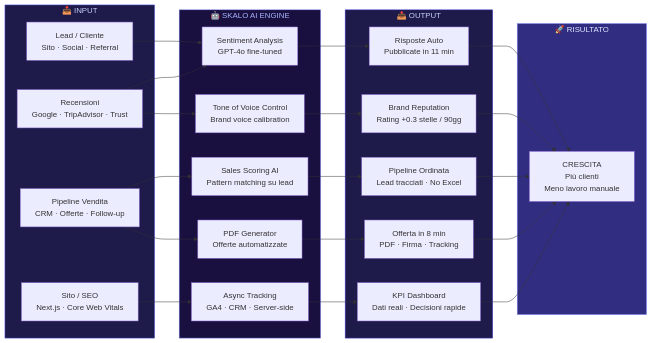
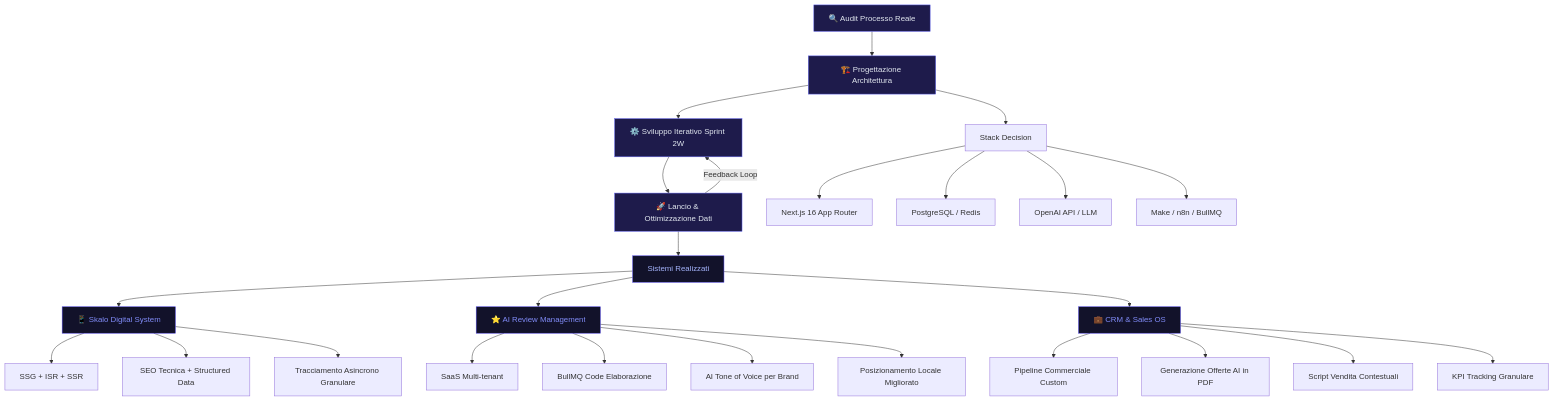
Before and after one commit to cryptogoldit/skalo-agency-guides: the diagram in guide/risultati-clienti.md, drawn with Mermaid. The commit also changed other lines of this file, not shown here.

Commit message:
update: guida risultati-clienti

````diff
--- a/guide/risultati-clienti.md
+++ b/guide/risultati-clienti.md
@@ -68,53 +66,41 @@
 ```mermaid
-flowchart LR
-    subgraph INPUT["📥 INPUT"]
-        A[Lead / Cliente\nSito · Social · Referral]
-        B[Recensioni\nGoogle · TripAdvisor · Trust]
-        C[Pipeline Vendita\nCRM · Offerte · Follow-up]
-        D[Sito / SEO\nNext.js · Core Web Vitals]
-    end
+flowchart TD
+    A[🔍 Audit Processo Reale] --> B[🏗️ Progettazione Architettura]
+    B --> C[⚙️ Sviluppo Iterativo Sprint 2W]
+    C --> D[🚀 Lancio & Ottimizzazione Dati]
+    D -->|Feedback Loop| C
 
-    subgraph ENGINE["🤖 SKALO AI ENGINE"]
-        E[Sentiment Analysis\nGPT-4o fine-tuned]
-        F[Tone of Voice Control\nBrand voice calibration]
-        G[Sales Scoring AI\nPattern matching su lead]
-        H[Async Tracking\nGA4 · CRM · Server-side]
-        I[PDF Generator\nOfferte automatizzate]
-    end
+    B --> E[Stack Decision]
+    E --> E1[Next.js 16 App Router]
+    E --> E2[PostgreSQL / Redis]
+    E --> E3[OpenAI API / LLM]
+    E --> E4[Make / n8n / BullMQ]
 
-    subgraph OUTPUT["📤 OUTPUT"]
-        J[Risposte Auto\nPubblicate in 11 min]
-        K[Brand Reputation\nRating +0.3 stelle / 90gg]
-        L[Pipeline Ordinata\nLead tracciati · No Excel]
-        M[KPI Dashboard\nDati reali · Decisioni rapide]
-        N[Offerta in 8 min\nPDF · Firma · Tracking]
-    end
+    D --> F[Sistemi Realizzati]
 
-    subgraph RESULT["🚀 RISULTATO"]
-        O[CRESCITA\nPiù clienti\nMeno lavoro manuale]
-    end
+    F --> G[📱 Skalo Digital System]
+    G --> G1[SSG + ISR + SSR]
+    G --> G2[SEO Tecnica + Structured Data]
+    G --> G3[Tracciamento Asincrono Granulare]
 
-    A --> E
-    B --> E
-    B --> F
-    C --> G
-    C --> I
-    D --> H
+    F --> H[⭐ AI Review Management]
+    H --> H1[SaaS Multi-tenant]
+    H --> H2[BullMQ Code Elaborazione]
+    H --> H3[AI Tone of Voice per Brand]
+    H --> H4[Posizionamento Locale Migliorato]
 
-    E --> J
-    F --> K
-    G --> L
-    H --> M
-    I --> N
+    F --> I[💼 CRM & Sales OS]
+    I --> I1[Pipeline Commerciale Custom]
+    I --> I2[Generazione Offerte AI in PDF]
+    I --> I3[Script Vendita Contestuali]
+    I --> I4[KPI Tracking Granulare]
 
-    J --> O
-    K --> O
-    L --> O
-    M --> O
-    N --> O
-
-    style ENGINE fill:#1a1040,stroke:#818cf8,color:#a5b4fc
-    style INPUT fill:#1e1b4b,stroke:#6366f1,color:#c7d2fe
-    style OUTPUT fill:#1e1b4b,stroke:#4f46e5,color:#c7d2fe
-    style RESULT fill:#312e81,stroke:#818cf8,color:#e0e7ff
+    style A fill:#1e1b4b,stroke:#6366f1,color:#e2e8f0
+    style B fill:#1e1b4b,stroke:#6366f1,color:#e2e8f0
+    style C fill:#1e1b4b,stroke:#6366f1,color:#e2e8f0
+    style D fill:#1e1b4b,stroke:#6366f1,color:#e2e8f0
+    style F fill:#12122a,stroke:#4f46e5,color:#a5b4fc
+    style G fill:#12122a,stroke:#4f46e5,color:#818cf8
+    style H fill:#12122a,stroke:#4f46e5,color:#818cf8
+    style I fill:#12122a,stroke:#4f46e5,color:#818cf8
 ```
````
